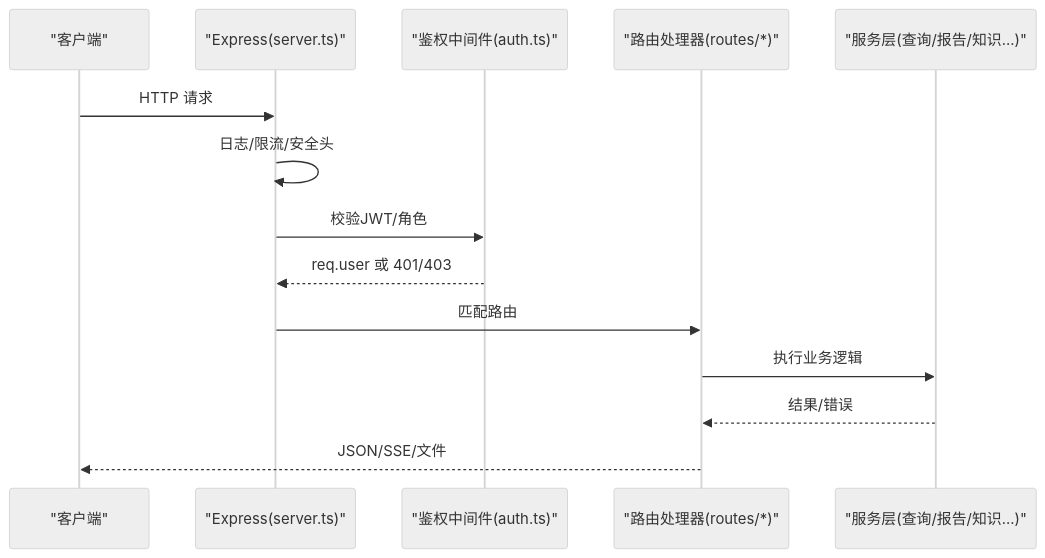
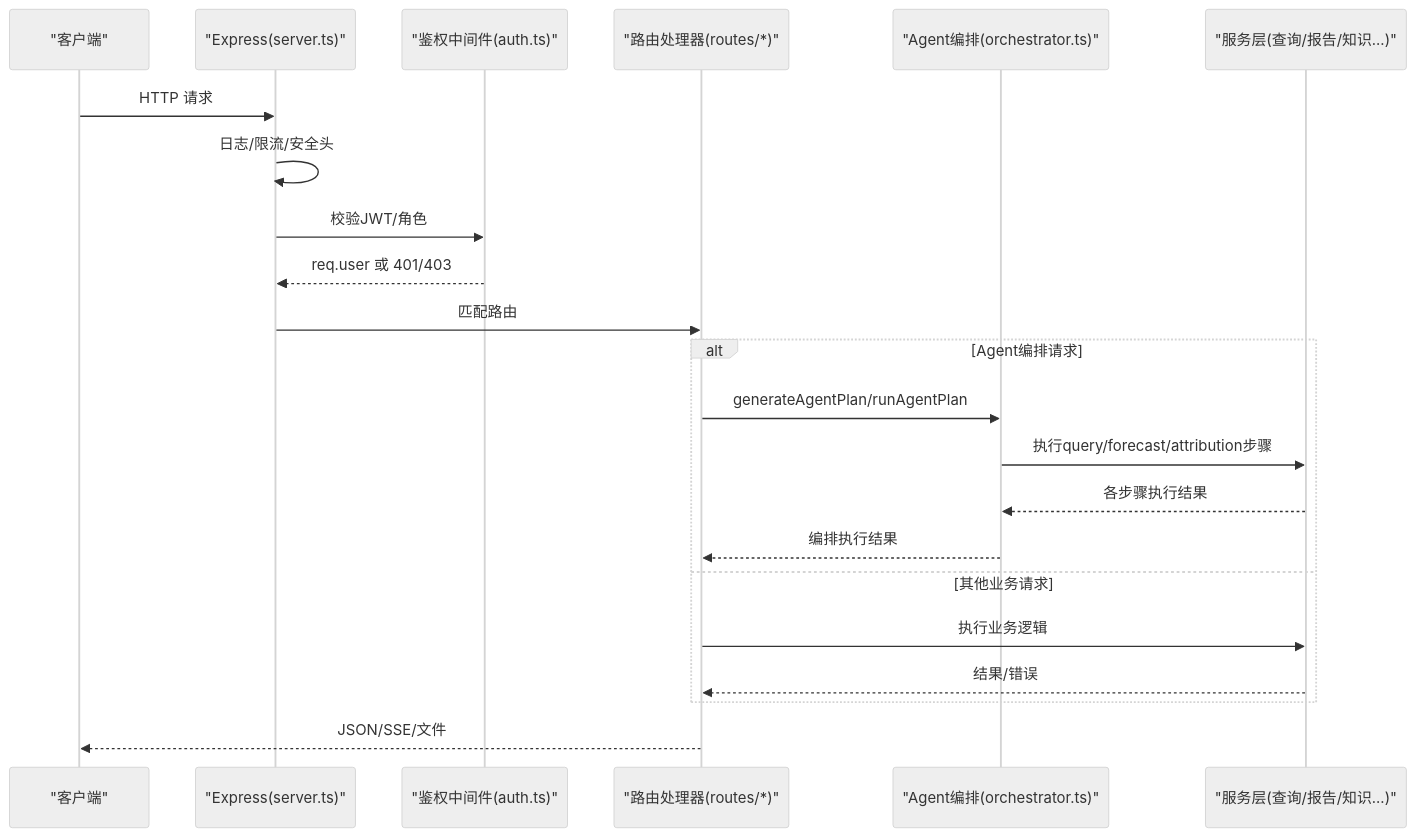
One commit to dgjin/smart-data-analytics changed the second of 6 diagrams in .qoder/repowiki/zh/content/API参考/API参考.md. Above: the diagram before and after it, drawn with Mermaid (neutral theme). The commit also changed other lines of this file and 146 other files, not shown here.

````diff
--- a/.qoder/repowiki/zh/content/API参考/API参考.md
+++ b/.qoder/repowiki/zh/content/API参考/API参考.md
@@ -81,16 +96,24 @@
 ```mermaid
 sequenceDiagram
 participant C as "客户端"
 participant E as "Express(server.ts)"
 participant M as "鉴权中间件(auth.ts)"
 participant R as "路由处理器(routes/*)"
+participant A as "Agent编排(orchestrator.ts)"
 participant S as "服务层(查询/报告/知识...)"
 C->>E : HTTP 请求
 E->>E : 日志/限流/安全头
 E->>M : 校验JWT/角色
 M-->>E : req.user 或 401/403
 E->>R : 匹配路由
+alt Agent编排请求
+R->>A : generateAgentPlan/runAgentPlan
+A->>S : 执行query/forecast/attribution步骤
+S-->>A : 各步骤执行结果
+A-->>R : 编排执行结果
+else 其他业务请求
 R->>S : 执行业务逻辑
 S-->>R : 结果/错误
+end
 R-->>C : JSON/SSE/文件
 ```
````
